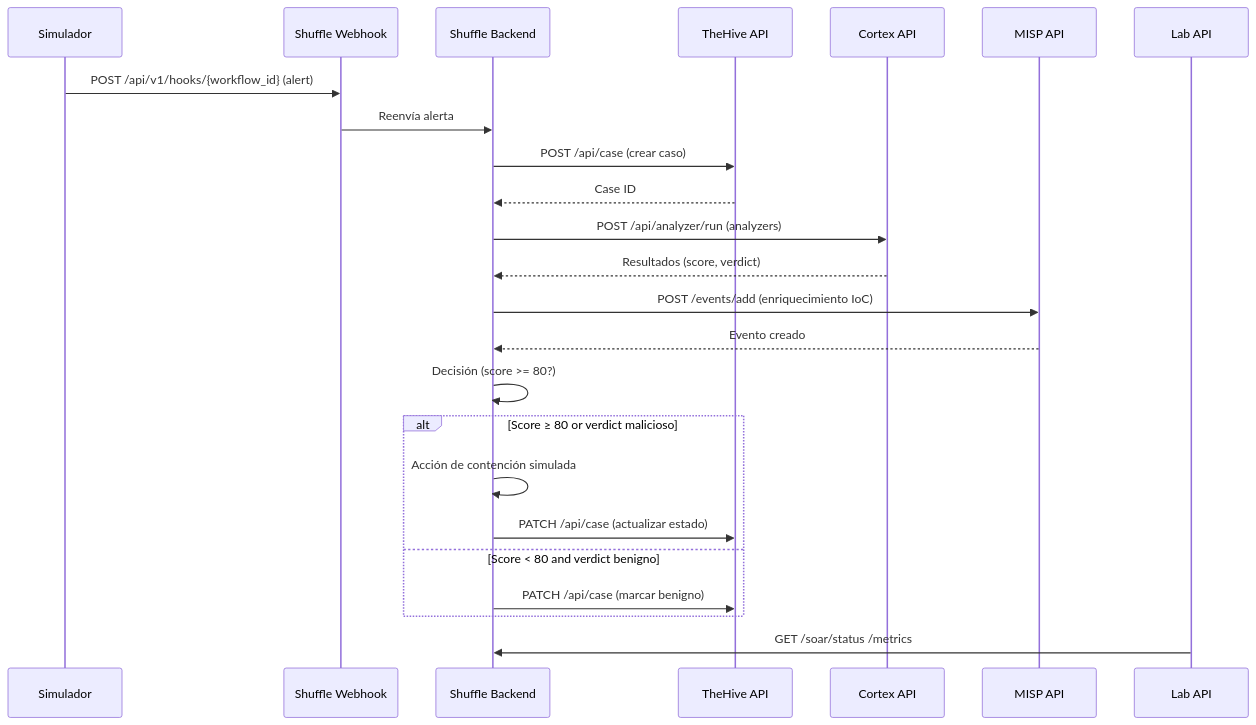
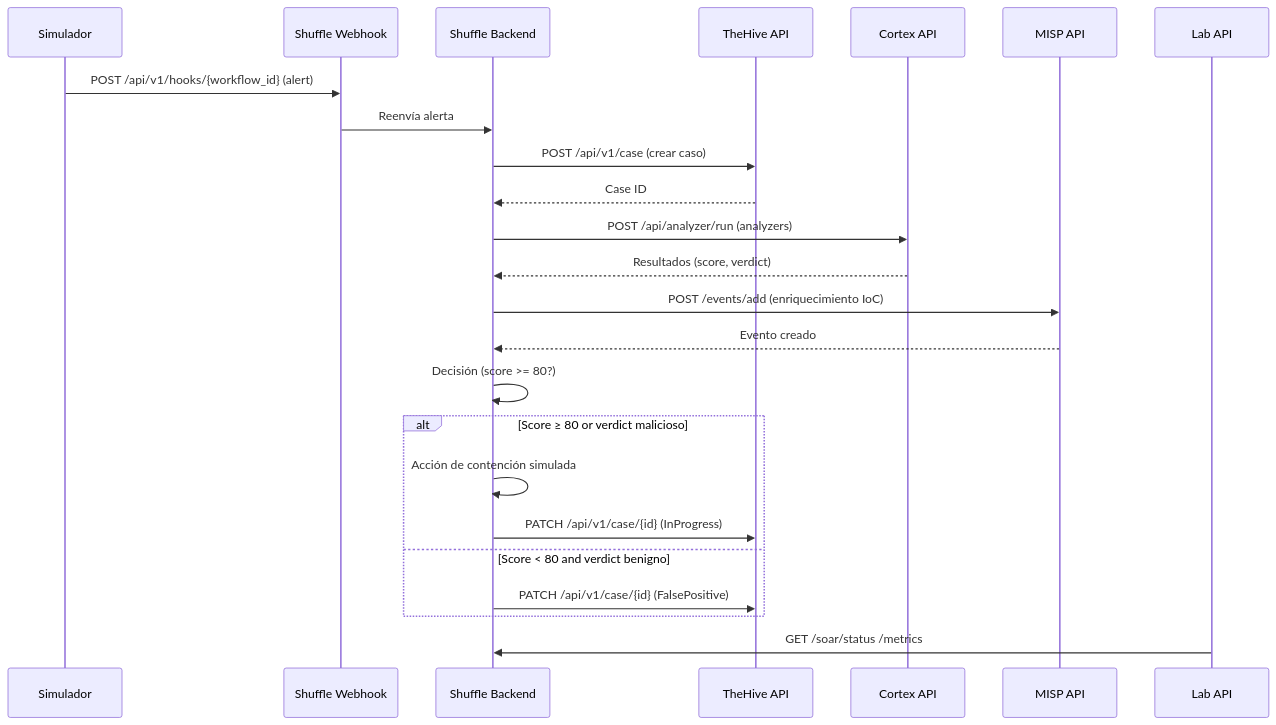
One commit to alesanfe/soar-ransomware-lab changed the diagram in docs/03-api-and-integrations.md. Above: the diagram before and after it, drawn with Mermaid. The commit also changed other lines of this file and 107 other files, not shown here.

````diff
--- a/docs/03-api-and-integrations.md
+++ b/docs/03-api-and-integrations.md
@@ -813,27 +831,27 @@
 ```mermaid
 sequenceDiagram
  participant Sim as Simulador
  participant Shuffle as Shuffle Webhook
  participant Backend as Shuffle Backend
  participant TheHive as TheHive API
  participant Cortex as Cortex API
  participant MISP as MISP API
  participant LabAPI as Lab API
 
  Sim->>Shuffle: POST /api/v1/hooks/{workflow_id} (alert)
  Shuffle->>Backend: Reenvía alerta
- Backend->>TheHive: POST /api/case (crear caso)
+ Backend->>TheHive: POST /api/v1/case (crear caso)
  TheHive-->>Backend: Case ID
  Backend->>Cortex: POST /api/analyzer/run (analyzers)
  Cortex-->>Backend: Resultados (score, verdict)
  Backend->>MISP: POST /events/add (enriquecimiento IoC)
  MISP-->>Backend: Evento creado
  Backend->>Backend: Decisión (score >= 80?)
  alt Score ≥ 80 or verdict malicioso
  Backend->>Backend: Acción de contención simulada
- Backend->>TheHive: PATCH /api/case (actualizar estado)
+ Backend->>TheHive: PATCH /api/v1/case/{id} (InProgress)
  else Score < 80 and verdict benigno
- Backend->>TheHive: PATCH /api/case (marcar benigno)
+ Backend->>TheHive: PATCH /api/v1/case/{id} (FalsePositive)
  end
  LabAPI->>Backend: GET /soar/status /metrics
 ```
````
